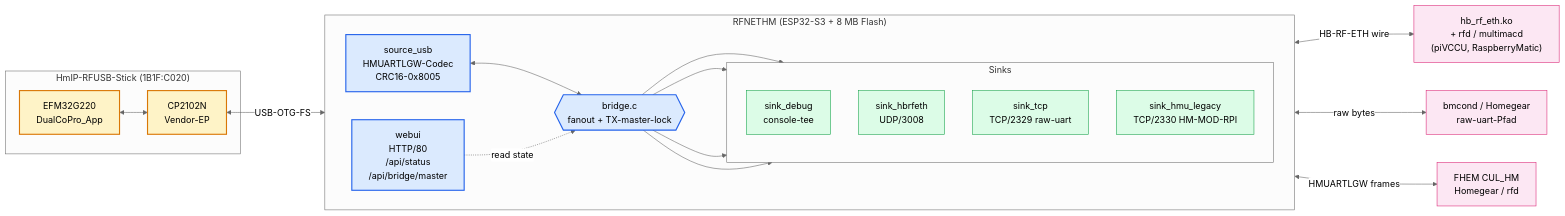
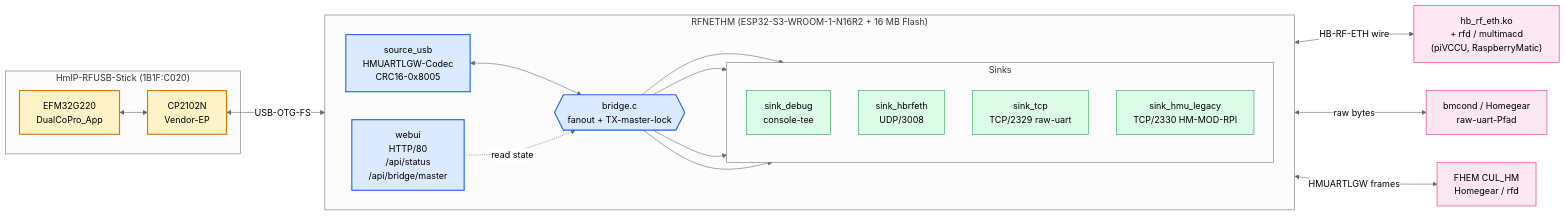
One commit to tostmann/RFNETHM changed the diagram in docs/diagrams/architecture.mmd. Above: the diagram before and after it, drawn with Mermaid. The commit also changed 5 other files, not shown here.

First line of the commit message:
docs: PCB-Plattform-Update — ESP32-S3-WROOM-1-N16R2, W5500-Pinout, USB-C-Connectors

```diff
--- a/docs/diagrams/architecture.mmd
+++ b/docs/diagrams/architecture.mmd
@@ -1,45 +1,45 @@
 %%{init: {'theme':'neutral'}}%%
 %% RFNETHM — Top-Level-Architektur (v0.14.55)
 %% Eine Source (USB-Host am HmIP-RFUSB-Stick), eine Bridge,
 %% N Sinks die Frames in unterschiedlichen Wireformaten rausreichen.
 
 flowchart LR
     subgraph Stick["HmIP-RFUSB-Stick (1B1F:C020)"]
         EFM["EFM32G220<br/>DualCoPro_App"]
         CP["CP2102N<br/>Vendor-EP"]
         EFM <--> CP
     end
 
     CP <-->|USB-OTG-FS| SRC
 
-    subgraph RFNETHM["RFNETHM (ESP32-S3 + 8 MB Flash)"]
+    subgraph RFNETHM["RFNETHM (ESP32-S3-WROOM-1-N16R2 + 16 MB Flash)"]
         direction LR
         SRC["source_usb<br/>HMUARTLGW-Codec<br/>CRC16-0x8005"]
         BR{{"bridge.c<br/>fanout + TX-master-lock"}}
         SRC <--> BR
 
         subgraph Sinks
             direction TB
             S1["sink_debug<br/>console-tee"]
             S2["sink_hbrfeth<br/>UDP/3008"]
             S3["sink_tcp<br/>TCP/2329 raw-uart"]
             S4["sink_hmu_legacy<br/>TCP/2330 HM-MOD-RPI"]
         end
         BR --> S1 & S2 & S3 & S4
 
         WEB["webui<br/>HTTP/80<br/>/api/status<br/>/api/bridge/master"]
         WEB -.->|read state| BR
     end
 
     S2 <-->|HB-RF-ETH wire| K1["hb_rf_eth.ko<br/>+ rfd / multimacd<br/>(piVCCU, RaspberryMatic)"]
     S3 <-->|raw bytes| K2["bmcond / Homegear<br/>raw-uart-Pfad"]
     S4 <-->|HMUARTLGW frames| K3["FHEM CUL_HM<br/>Homegear / rfd"]
 
     classDef stick fill:#fef3c7,stroke:#d97706,stroke-width:2px;
     classDef rfnethm fill:#dbeafe,stroke:#2563eb,stroke-width:2px;
     classDef sink fill:#dcfce7,stroke:#16a34a;
     classDef client fill:#fce7f3,stroke:#db2777;
     class EFM,CP stick;
     class SRC,BR,WEB rfnethm;
     class S1,S2,S3,S4 sink;
     class K1,K2,K3 client;
```
